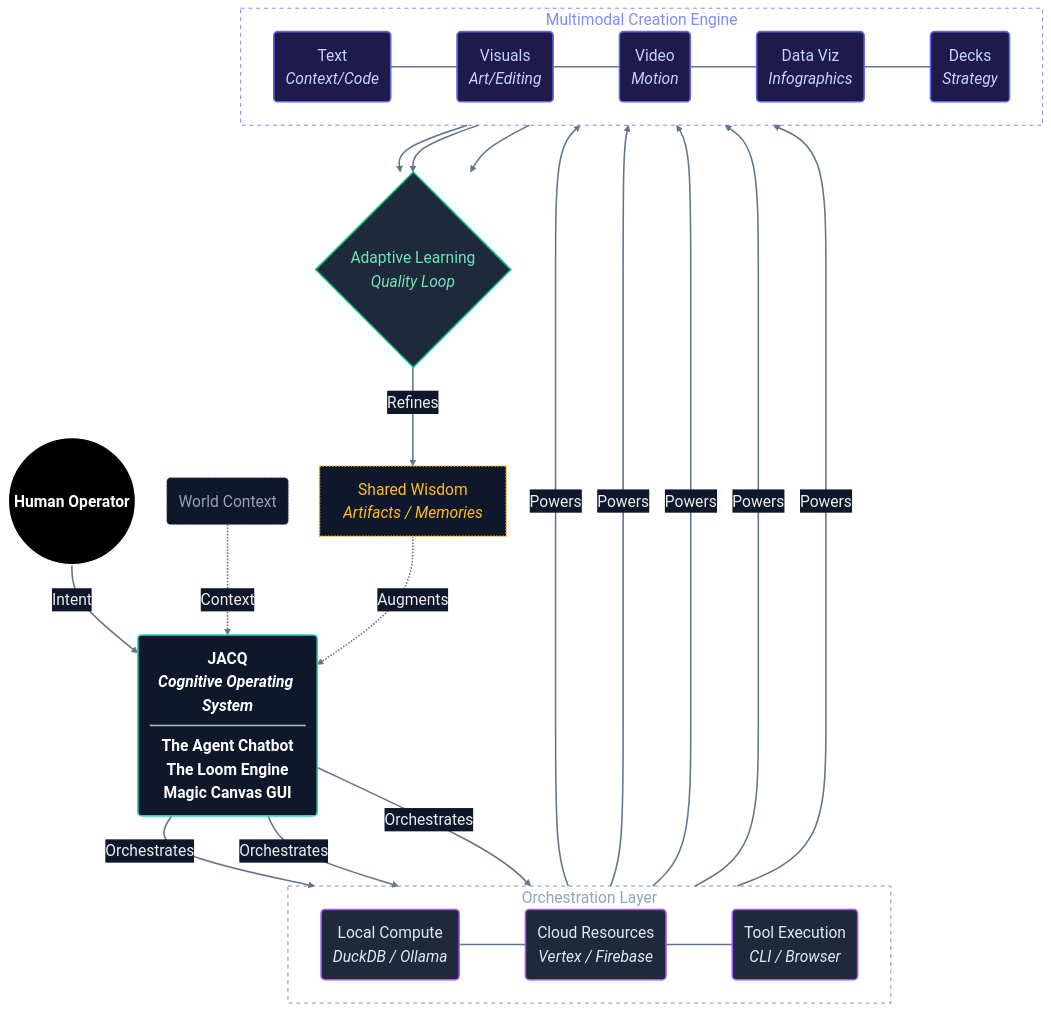
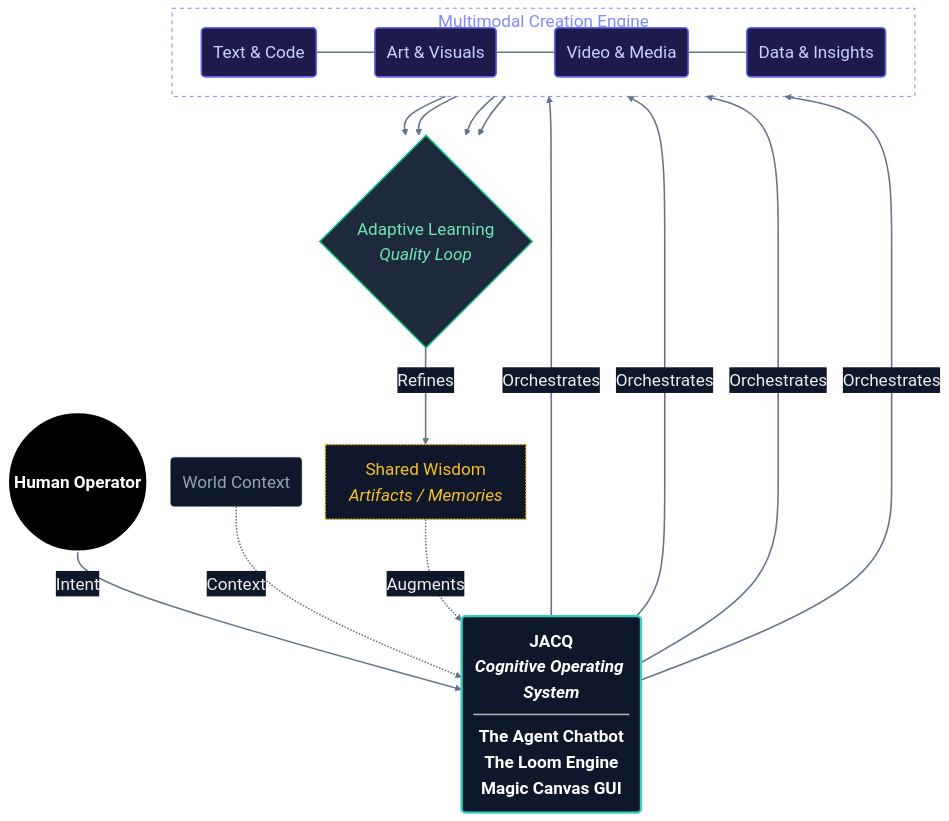
One commit to shifujosh/shifujosh changed the diagram in assets/portfolio_ecosystem.mmd. Above: the diagram before and after it, drawn with Mermaid. The commit also changed 2 other files, not shown here.

Commit message:
style: update portfolio diagram (round 11 - headline mode) & bust cache

```diff
--- a/assets/portfolio_ecosystem.mmd
+++ b/assets/portfolio_ecosystem.mmd
@@ -1,81 +1,61 @@
-%%{init: {'theme': 'base', 'themeVariables': { 'darkMode': true, 'background': 'transparent', 'primaryColor': '#1e293b', 'edgeLabelBackground':'#0f172a', 'fontSize': '20px', 'fontFamily': 'ui-sans-serif, system-ui, sans-serif' }, 'flowchart': { 'rankSpacing': 60, 'nodeSpacing': 40, 'curve': 'basis' } }}%%
+%%{init: {'theme': 'base', 'themeVariables': { 'darkMode': true, 'background': 'transparent', 'primaryColor': '#1e293b', 'edgeLabelBackground':'#0f172a', 'fontSize': '22px', 'fontFamily': 'ui-sans-serif, system-ui, sans-serif' }, 'flowchart': { 'rankSpacing': 50, 'nodeSpacing': 30, 'curve': 'basis' } }}%%
 graph TD
     %% Styling - Minimalist Dark Mode with Frontier Accents
     %% Hub: Central OS
-    classDef hub fill:#0f172a,stroke:#2dd4bf,stroke-width:2px,color:#fff,font-weight:bold;
-    %% Infra: Orchestration layer
-    classDef infra fill:#1e293b,stroke:#a855f7,stroke-width:2px,color:#e2e8f0;
+    classDef hub fill:#0f172a,stroke:#2dd4bf,stroke-width:3px,color:#fff,font-weight:bold;
     %% Shared: Wisdom/Memory
     classDef wisdom fill:#0f172a,stroke:#fbbf24,stroke-width:2px,color:#fbbf24,stroke-dasharray: 2 2;
     %% Actor: User
     classDef actor fill:#000000,stroke:#fff,stroke-width:2px,color:#fff,font-weight:bold;
     %% Input: Context
     classDef input fill:#0f172a,stroke:#64748b,stroke-width:1px,color:#94a3b8,stroke-dasharray: 2 2;
     %% Frontier: Multimodal outputs
     classDef frontier fill:#1e1b4b,stroke:#6366f1,stroke-width:2px,color:#c7d2fe;
     %% Learning Loop
     classDef loop fill:#1e293b,stroke:#10b981,stroke-width:2px,color:#6ee7b7;
 
     %% 1. Inputs - Top Level
     User((Human Operator)):::actor
     World(World Context):::input
 
     %% 2. The Core
     JACQ(<b>JACQ</b><br/><i>Cognitive Operating System</i><hr/>The Agent <b>Chatbot</b><br/>The Loom <b>Engine</b><br/>Magic Canvas <b>GUI</b>):::hub
 
-    %% 3. Infrastructure Layer (Orchestration)
-    subgraph Orchestration [Orchestration Layer]
-        direction LR
-        style Orchestration fill:none,stroke:#64748b,stroke-width:1px,stroke-dasharray: 5 5,color:#94a3b8
-        Local(Local Compute<br/><i>DuckDB / Ollama</i>):::infra
-        Cloud(Cloud Resources<br/><i>Vertex / Firebase</i>):::infra
-        Tools(Tool Execution<br/><i>CLI / Browser</i>):::infra
-    end
-
-    %% 4. Multimodal Output Engine
+    %% 3. Multimodal Output Engine (Simplified)
     subgraph Outputs [Multimodal Creation Engine]
         direction LR
         style Outputs fill:none,stroke:#6366f1,stroke-width:1px,stroke-dasharray: 5 5,color:#818cf8
-        Text(Text<br/><i>Context/Code</i>):::frontier
-        Visuals(Visuals<br/><i>Art/Editing</i>):::frontier
-        Video(Video<br/><i>Motion</i>):::frontier
-        Info(Data Viz<br/><i>Infographics</i>):::frontier
-        Slides(Decks<br/><i>Strategy</i>):::frontier
+        Text(Text & Code):::frontier
+        Visuals(Art & Visuals):::frontier
+        Media(Video & Media):::frontier
+        Data(Data & Insights):::frontier
     end
     
-    %% 5. The Virtuous Cycle
+    %% 4. The Virtuous Cycle
     Learning{Adaptive Learning<br/><i>Quality Loop</i>}:::loop
     Wisdom[Shared Wisdom<br/><i>Artifacts / Memories</i>]:::wisdom
 
     %% Connection Logic - Vertical Flow
     User ==>|Intent| JACQ
     World -.->|Context| JACQ
     
-    %% JACQ to Infra
-    JACQ ==>|Orchestrates| Local
-    JACQ ==>|Orchestrates| Cloud
-    JACQ ==>|Orchestrates| Tools
-    
-    %% Force Infra Alignment
-    Local ~~~ Cloud ~~~ Tools
-    
-    %% Frontier Power
-    Cloud ==>|Powers| Text
-    Cloud ==>|Powers| Visuals
-    Cloud ==>|Powers| Video
-    Cloud ==>|Powers| Info
-    Cloud ==>|Powers| Slides
+    %% JACQ Direct to Outputs (Skipping Infra)
+    JACQ ==>|Orchestrates| Text
+    JACQ ==>|Orchestrates| Visuals
+    JACQ ==>|Orchestrates| Media
+    JACQ ==>|Orchestrates| Data
     
     %% Force Output Alignment
-    Text ~~~ Visuals ~~~ Video ~~~ Info ~~~ Slides
+    Text ~~~ Visuals ~~~ Media ~~~ Data
     
     %% The Adaptive Loop
     Text --> Learning
     Visuals --> Learning
-    Info --> Learning
+    Media --> Learning
+    Data --> Learning
     
     Learning ==>|Refines| Wisdom
     Wisdom -.->|Augments| JACQ
 
     %% Layout - Explicit Link Styling
     linkStyle default stroke-width:2px,fill:none,stroke:#64748b
```
